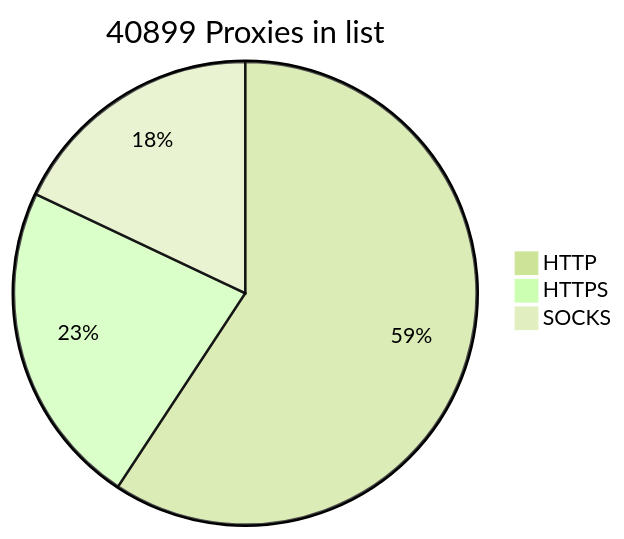
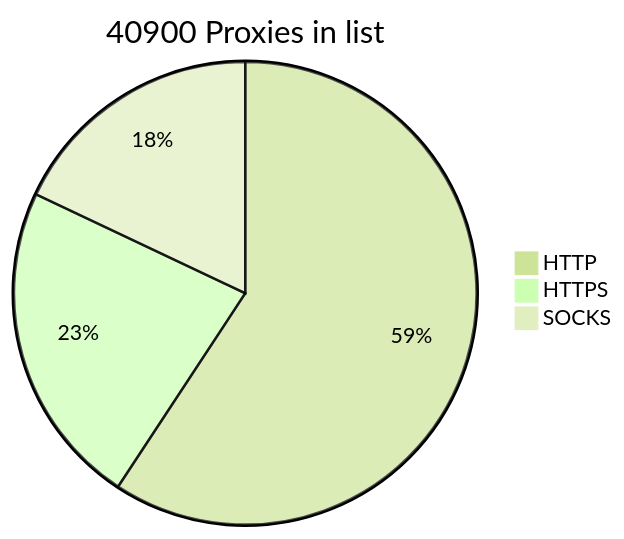
The diagram in README.md (BlackSnowDot/proxylist-update-every-minute), drawn with Mermaid (forest theme) before and after one commit.

````diff
--- a/README.md
+++ b/README.md
@@ -2,6 +2,6 @@
 ```mermaid
-pie title 40899 Proxies in list
+pie title 40900 Proxies in list
     "HTTP" : 28544
     "HTTPS": 10966
-    "SOCKS" : 8656
+    "SOCKS" : 8657
 ```
````
